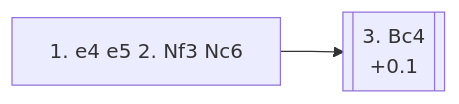
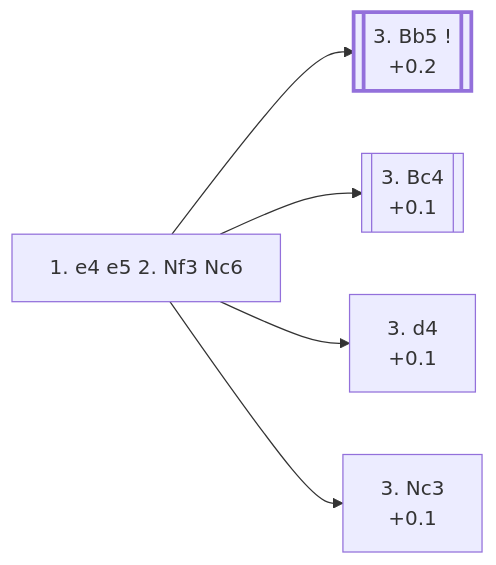
One commit to onclemarcel/chess_flashcards changed the diagram in e4_openings/C44_Nf3_Nc6_King_Knight.md. Above: the diagram before and after it, drawn with Mermaid. The commit also changed other lines of this file and 7 other files, not shown here.

First line of the commit message:
Phase B: spin off Ruy Lopez, Scotch, and Four Knights from the C44 hub

````diff
--- a/e4_openings/C44_Nf3_Nc6_King_Knight.md
+++ b/e4_openings/C44_Nf3_Nc6_King_Knight.md
@@ -12,10 +12,16 @@
 ```mermaid
 flowchart LR
     classDef main stroke-width:3px;
 
     Nc6["1. e4 e5 2. Nf3 Nc6"]
     click Nc6 "#_initial_move_" "C44 · King's Knight Opening: Normal Variation"
 
+    Nc6 --> Bb5[["3. Bb5 !<br/>+0.2"]]:::main
+    click Bb5 "https://github.com/onclemarcel/chess_flashcards/blob/main/e4_openings/C60_Ruy_Lopez.md" "C60 · Ruy Lopez"
     Nc6 --> Bc4[["3. Bc4<br/>+0.1"]]
     click Bc4 "https://github.com/onclemarcel/chess_flashcards/blob/main/e4_openings/C50_Italian.md" "C50 · Italian Game"
+    Nc6 --> d4["3. d4<br/>+0.1"]
+    click d4 "https://github.com/onclemarcel/chess_flashcards/blob/main/e4_openings/C44_Scotch.md" "C44 · Scotch Opening"
+    Nc6 --> Nc3["3. Nc3<br/>+0.1"]
+    click Nc3 "https://github.com/onclemarcel/chess_flashcards/blob/main/e4_openings/C47_Four_Knights_Game.md" "C47 · Four Knights Game"
 ```
````
